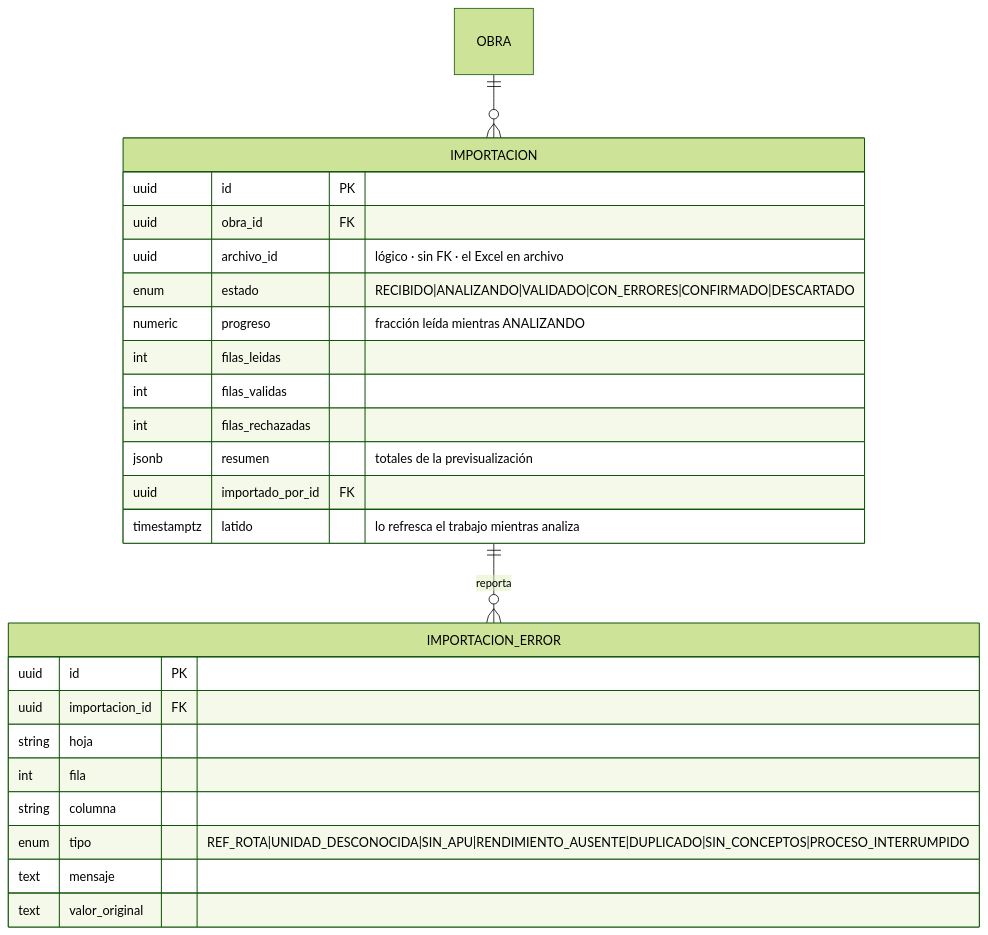
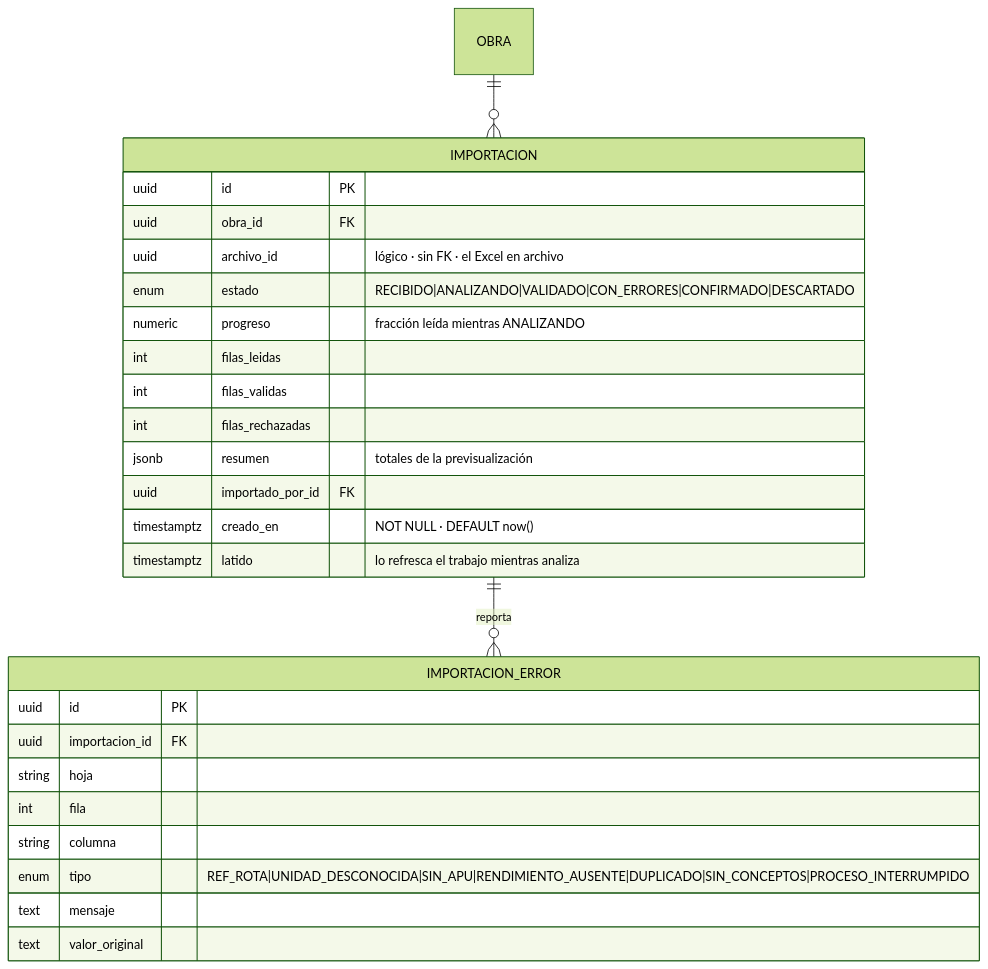
Before and after one commit to FranciscoRodSilva/IA4Devs-Proyecto-Final: diagram 11 of 18 in docs/03-modelo-datos.md, drawn with Mermaid (forest theme). The commit also changed other lines of this file and 23 other files, not shown here.

````diff
--- a/docs/03-modelo-datos.md
+++ b/docs/03-modelo-datos.md
@@ -1009,29 +1011,30 @@
 ```mermaid
 erDiagram
     IMPORTACION ||--o{ IMPORTACION_ERROR : "reporta"
     OBRA ||--o{ IMPORTACION : ""
 
     IMPORTACION {
         uuid id PK
         uuid obra_id FK
         uuid archivo_id "lógico · sin FK · el Excel en archivo"
         enum estado "RECIBIDO|ANALIZANDO|VALIDADO|CON_ERRORES|CONFIRMADO|DESCARTADO"
         numeric progreso "fracción leída mientras ANALIZANDO"
         int filas_leidas
         int filas_validas
         int filas_rechazadas
         jsonb resumen "totales de la previsualización"
         uuid importado_por_id FK
+        timestamptz creado_en "NOT NULL · DEFAULT now()"
         timestamptz latido "lo refresca el trabajo mientras analiza"
     }
     IMPORTACION_ERROR {
         uuid id PK
         uuid importacion_id FK
         string hoja
         int fila
         string columna
         enum tipo "REF_ROTA|UNIDAD_DESCONOCIDA|SIN_APU|RENDIMIENTO_AUSENTE|DUPLICADO|SIN_CONCEPTOS|PROCESO_INTERRUMPIDO"
         text mensaje
         text valor_original
     }
 ```
````
